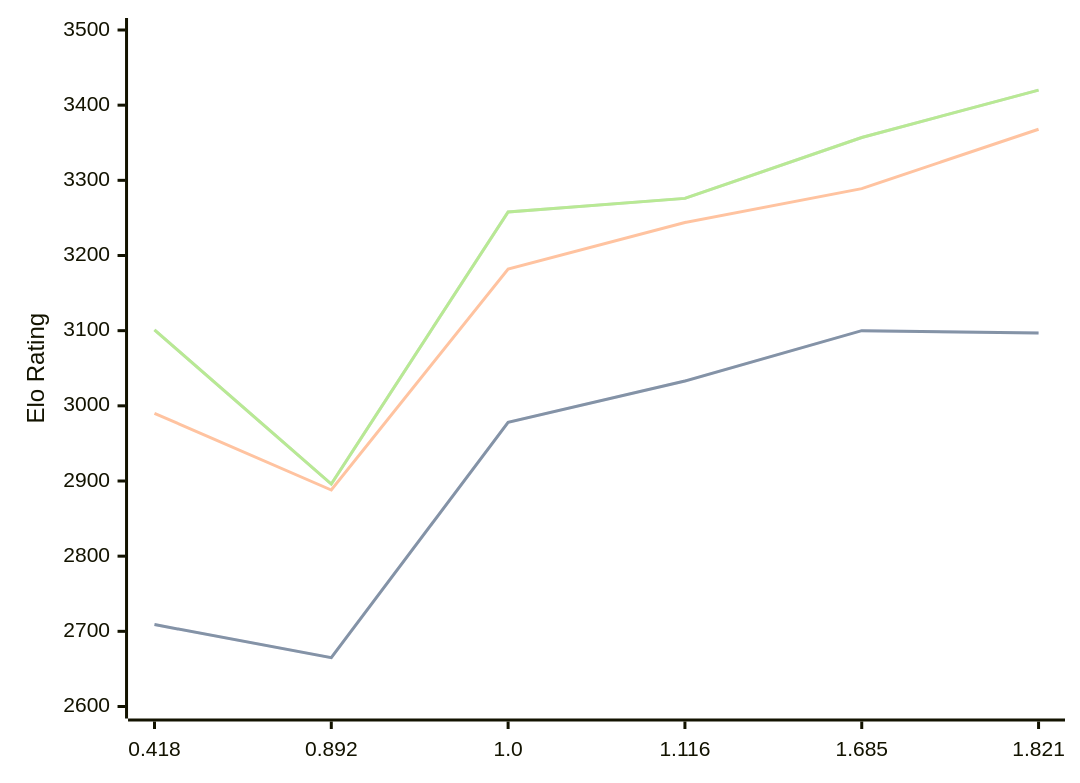
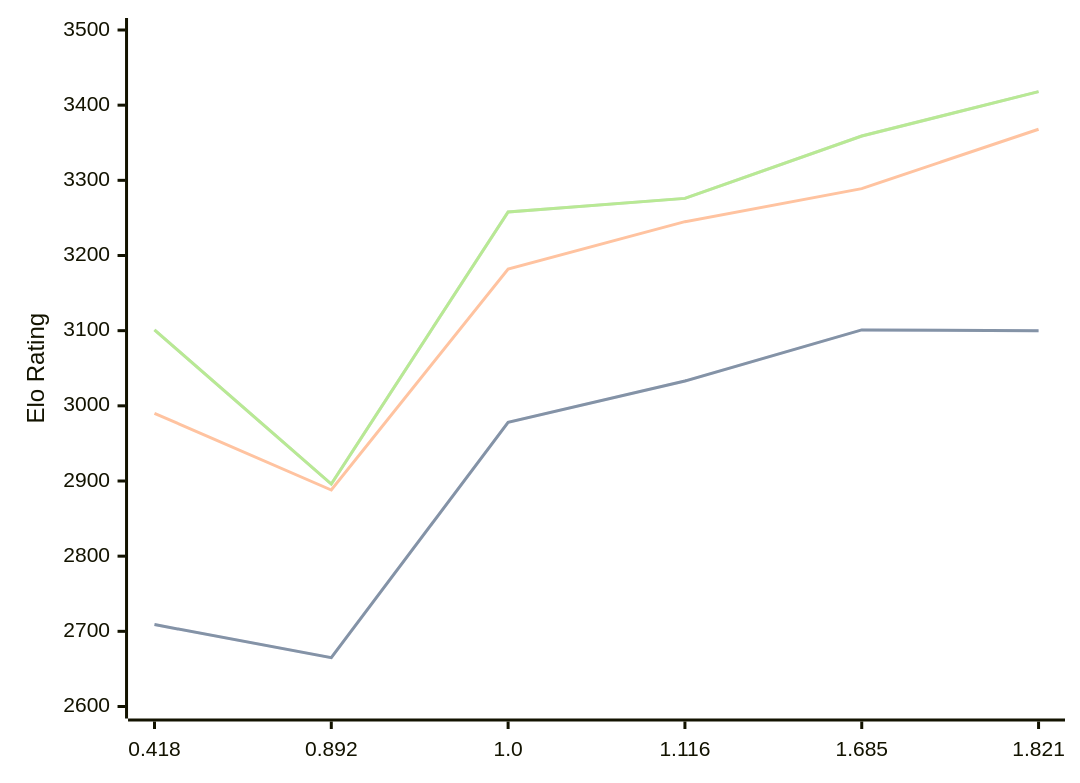
One commit to computer-chess-index/cci changed the diagram in engines/Malika.md. Above: the diagram before and after it, drawn with Mermaid. The commit also changed other lines of this file, not shown here.

Commit message:
Update CCI Ratings (ELO VLTC) - 2026-08-31

````diff
--- a/engines/Malika.md
+++ b/engines/Malika.md
@@ -36,11 +36,11 @@
 ```mermaid
 %%{init: {"theme":"base","themeVariables":{"seriesColors:['#a3a3a3','#222221','#faa371']}}}%%
 xychart-beta
   x-axis ["0.418", "0.892", "1.0", "1.116", "1.685", "1.821"]
   y-axis "Elo Rating" 2600 --> 3500
-  line "" [2709, 2665, 2978, 3033, 3100, 3097]
-  line "STC (8.0+0.08s)" [2709, 2665, 2978, 3033, 3100, 3097]
-  line "LTC (60.0+0.60s)" [2990, 2888, 3182, 3244, 3289, 3368]
-  line "" [3101, 2896, 3258, 3276, 3357, 3420]
-  line "VLTC (2m24s+1.12s)" [3101, 2896, 3258, 3276, 3357, 3420]
+  line "" [2709, 2665, 2978, 3033, 3101, 3100]
+  line "STC (8.0+0.08s)" [2709, 2665, 2978, 3033, 3101, 3100]
+  line "LTC (60.0+0.60s)" [2990, 2888, 3182, 3245, 3289, 3368]
+  line "" [3101, 2896, 3258, 3276, 3359, 3418]
+  line "VLTC (2m24s+1.12s)" [3101, 2896, 3258, 3276, 3359, 3418]
 ```
````
